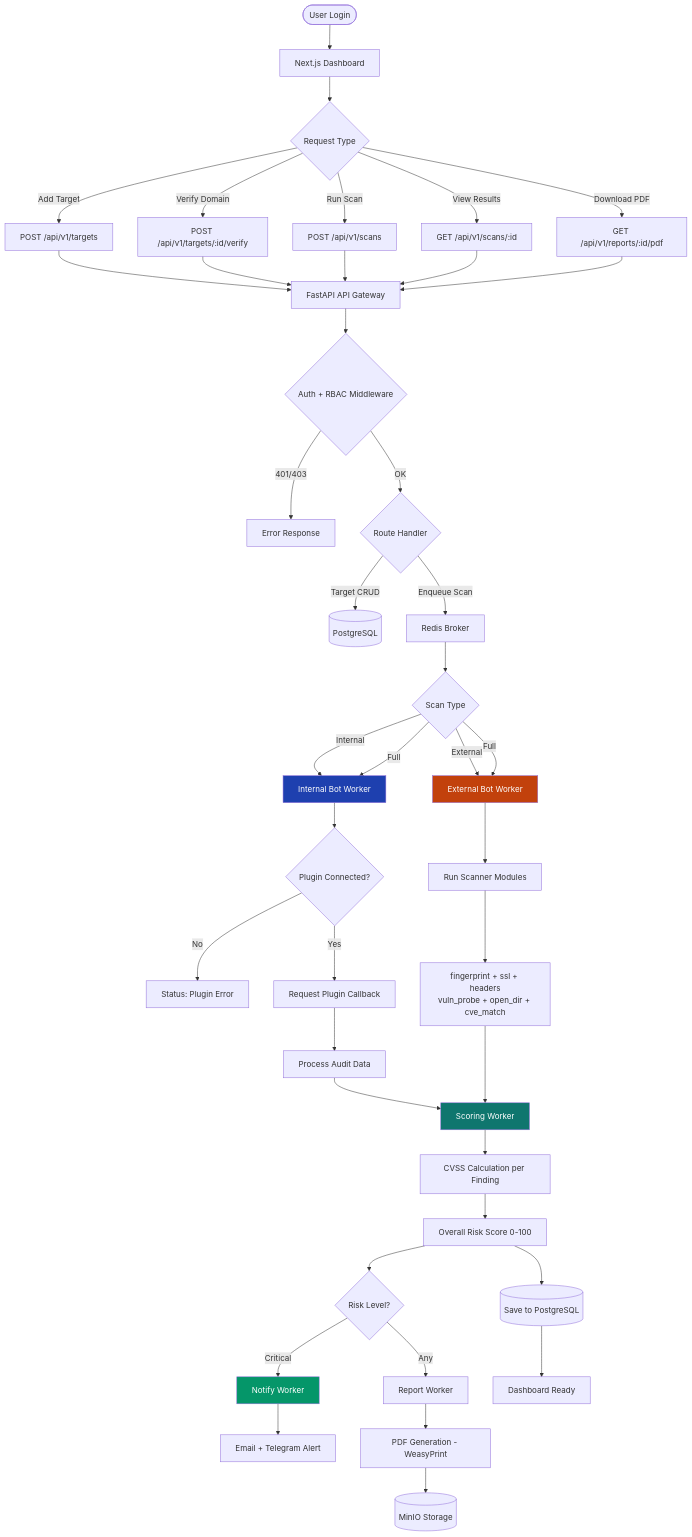
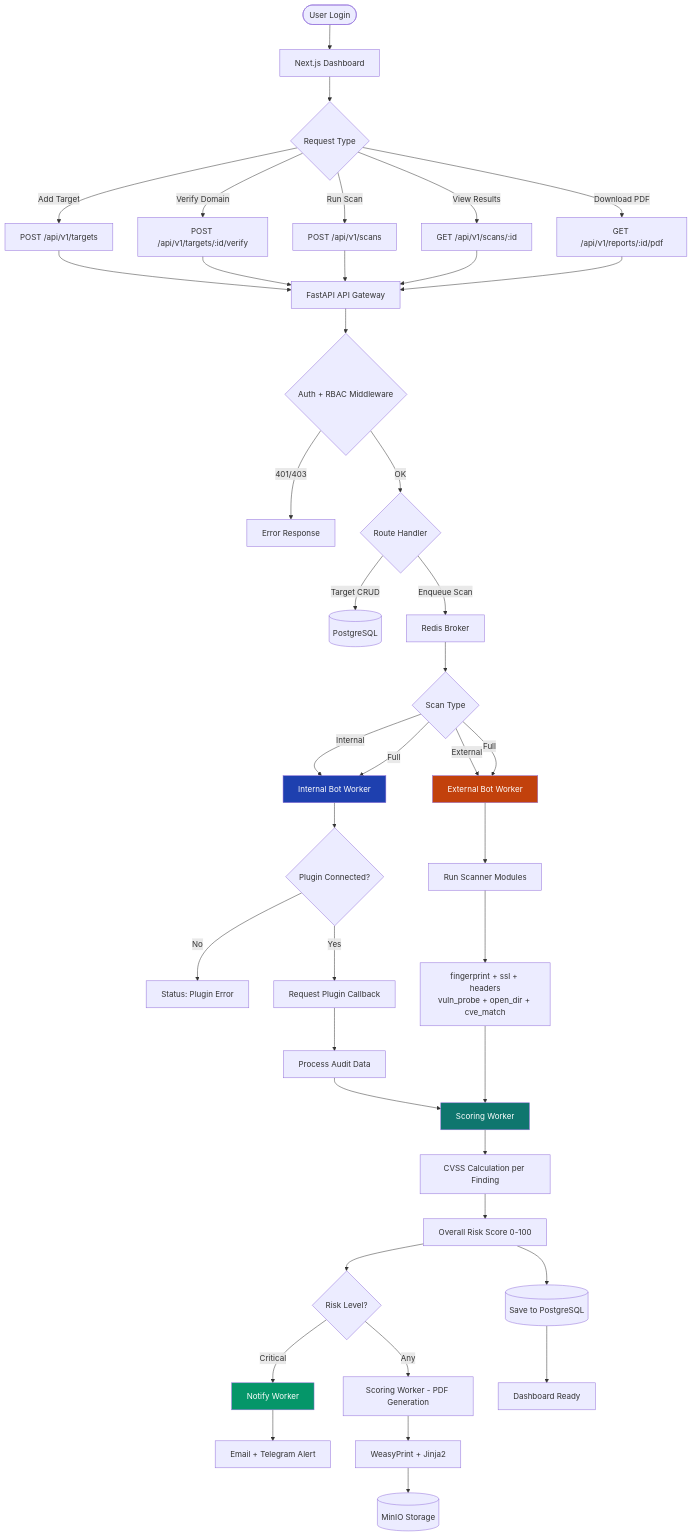
Before and after one commit to OJS-Def-CP-Filkom-UB/OJSDEF-BackEnd: the third of 14 diagrams in docs/SRS_OJSDEF.md, drawn with Mermaid. The commit also changed other lines of this file and 2 other files, not shown here.

````diff
--- a/docs/SRS_OJSDEF.md
+++ b/docs/SRS_OJSDEF.md
@@ -294,49 +331,49 @@
 ```mermaid
 flowchart TD
     A([User Login]) --> B[Next.js Dashboard]
     B --> C{Request Type}
 
     C -->|Add Target| D[POST /api/v1/targets]
     C -->|Verify Domain| E[POST /api/v1/targets/:id/verify]
     C -->|Run Scan| F[POST /api/v1/scans]
     C -->|View Results| G[GET /api/v1/scans/:id]
     C -->|Download PDF| H[GET /api/v1/reports/:id/pdf]
 
     D & E & F & G & H --> I[FastAPI API Gateway]
     I --> J{Auth + RBAC Middleware}
     J -->|401/403| K[Error Response]
     J -->|OK| L{Route Handler}
 
     L -->|Target CRUD| M[(PostgreSQL)]
     L -->|Enqueue Scan| N[Redis Broker]
 
     N --> O{Scan Type}
     O -->|Internal| P[Internal Bot Worker]
     O -->|External| Q[External Bot Worker]
     O -->|Full| P & Q
 
     P --> R{Plugin Connected?}
     R -->|No| S[Status: Plugin Error]
     R -->|Yes| T[Request Plugin Callback]
     T --> U[Process Audit Data]
 
     Q --> V[Run Scanner Modules]
     V --> W[fingerprint + ssl + headers\nvuln_probe + open_dir + cve_match]
 
     U & W --> X[Scoring Worker]
     X --> Y[CVSS Calculation per Finding]
     Y --> Z[Overall Risk Score 0-100]
     Z --> AA[(Save to PostgreSQL)]
     Z --> AB{Risk Level?}
     AB -->|Critical| AC[Notify Worker]
     AC --> AD[Email + Telegram Alert]
-    AB -->|Any| AE[Report Worker]
-    AE --> AF[PDF Generation - WeasyPrint]
+    AB -->|Any| AE[Scoring Worker - PDF Generation]
+    AE --> AF[WeasyPrint + Jinja2]
     AF --> AG[(MinIO Storage)]
     AA --> AH[Dashboard Ready]
 
     style P fill:#1E40AF,color:#fff
     style Q fill:#C2410C,color:#fff
     style X fill:#0F766E,color:#fff
     style AC fill:#059669,color:#fff
 ```
````
